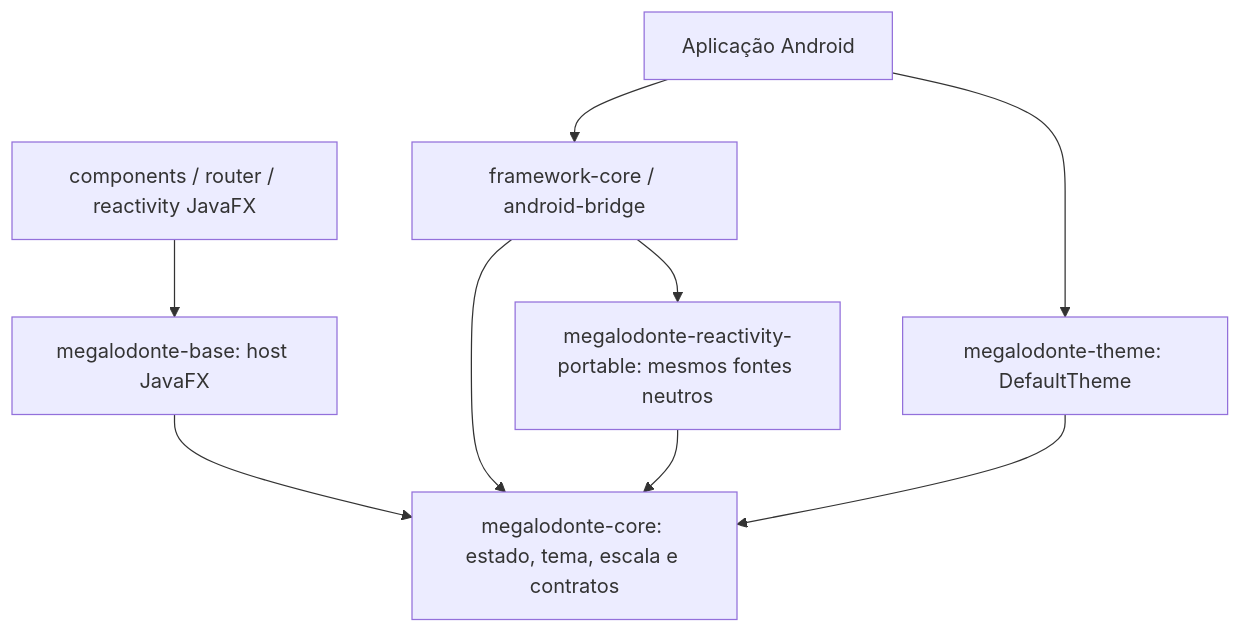
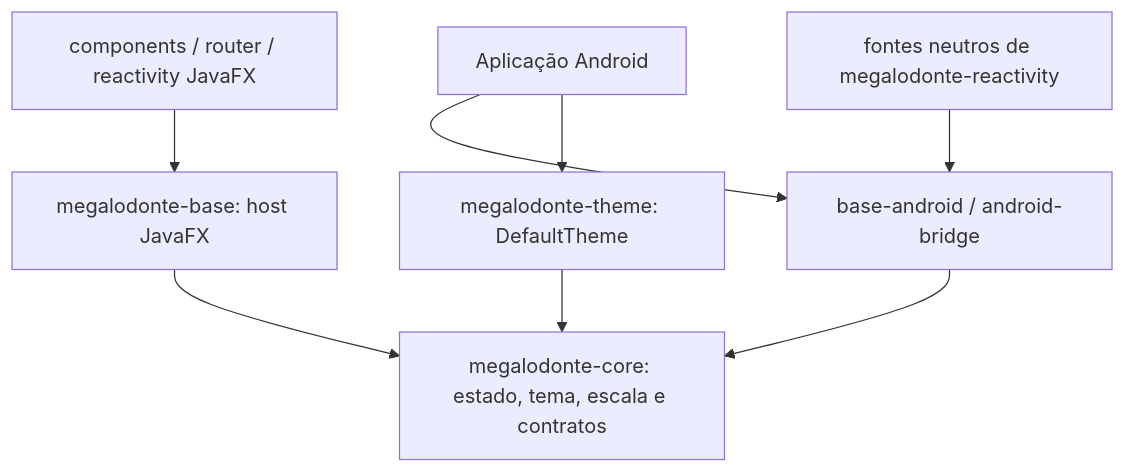
One commit to eliezer-dev-software-enginner/megalodonte-android changed the diagram in docs/LIBRARY_ANALYSIS.md. Above: the diagram before and after it, drawn with Mermaid. The commit also changed other lines of this file and 59 other files, not shown here.

Commit message:
Consolida base Android e remove wrapper portable

````diff
--- a/docs/LIBRARY_ANALYSIS.md
+++ b/docs/LIBRARY_ANALYSIS.md
@@ -27,12 +27,11 @@
 ```mermaid
 flowchart TD
     Core[megalodonte-core: estado, tema, escala e contratos]
     Theme[megalodonte-theme: DefaultTheme] --> Core
-    Portable[megalodonte-reactivity-portable: mesmos fontes neutros] --> Core
+    ReactivitySources[fontes neutros de megalodonte-reactivity] --> Android
     Base[megalodonte-base: host JavaFX] --> Core
     Desktop[components / router / reactivity JavaFX] --> Base
-    Android[framework-core / android-bridge] --> Core
-    Android --> Portable
+    Android[base-android / android-bridge] --> Core
     Client[Aplicação Android] --> Android
     Client --> Theme
 ```
````
